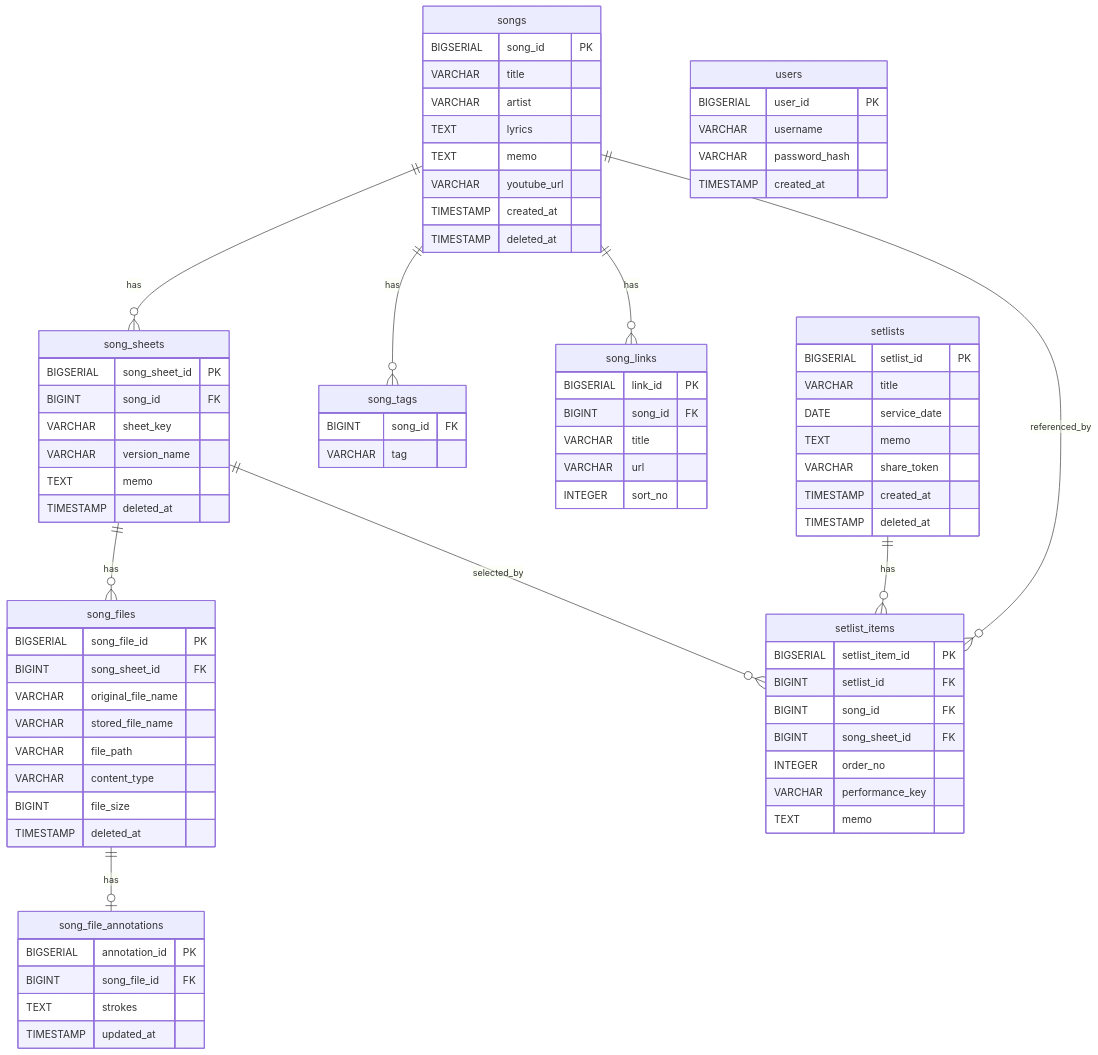
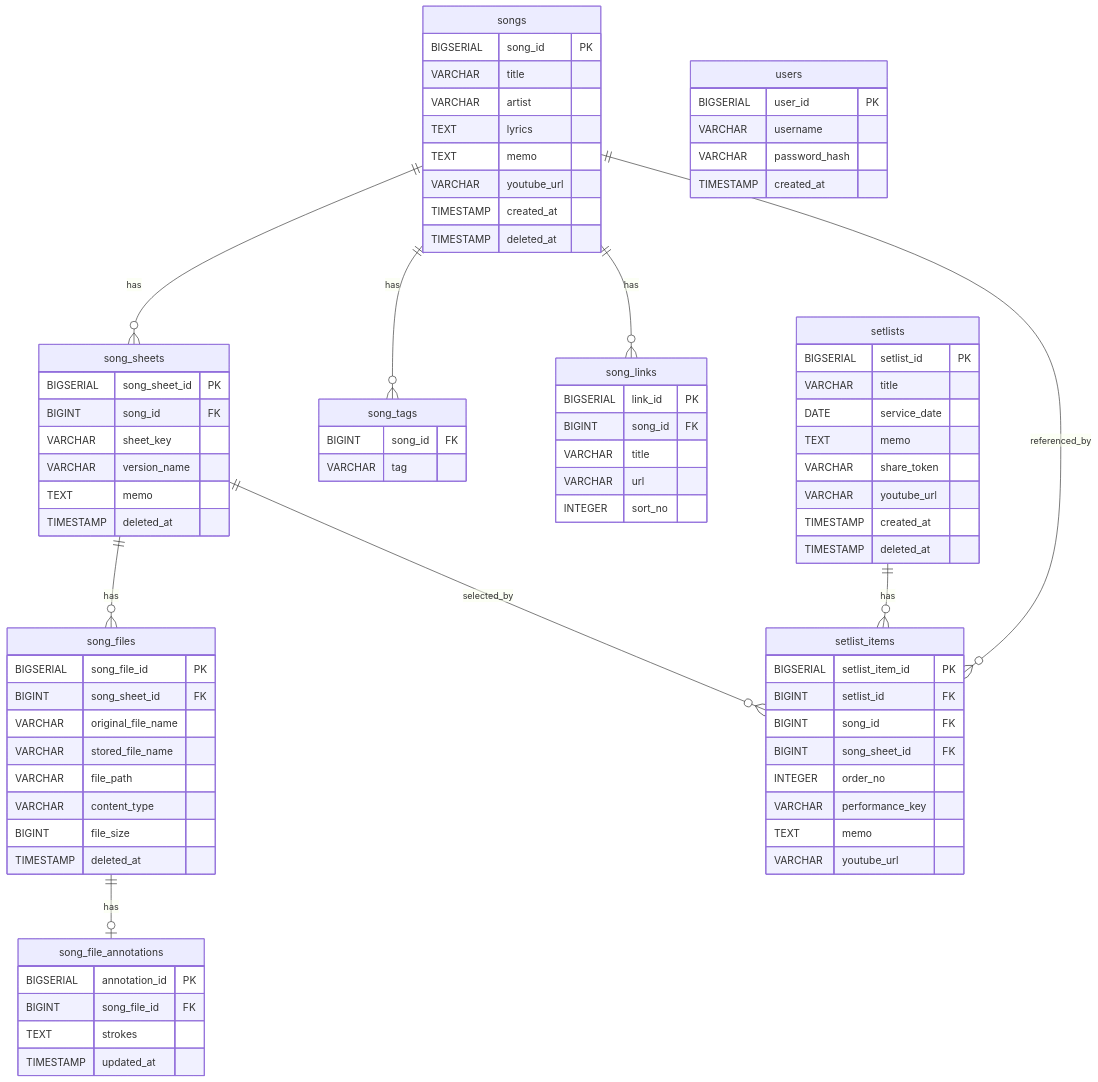
Before and after one commit to jeybell/sheet-music: the diagram in README.md, drawn with Mermaid. The commit also changed other lines of this file, not shown here.

```diff
--- a/README.md
+++ b/README.md
@@ -202,6 +205,7 @@
         DATE service_date
         TEXT memo
         VARCHAR share_token
+        VARCHAR youtube_url
         TIMESTAMP created_at
         TIMESTAMP deleted_at
     }
@@ -213,6 +217,7 @@
         INTEGER order_no
         VARCHAR performance_key
         TEXT memo
+        VARCHAR youtube_url
     }
     users {
         BIGSERIAL user_id PK
```
